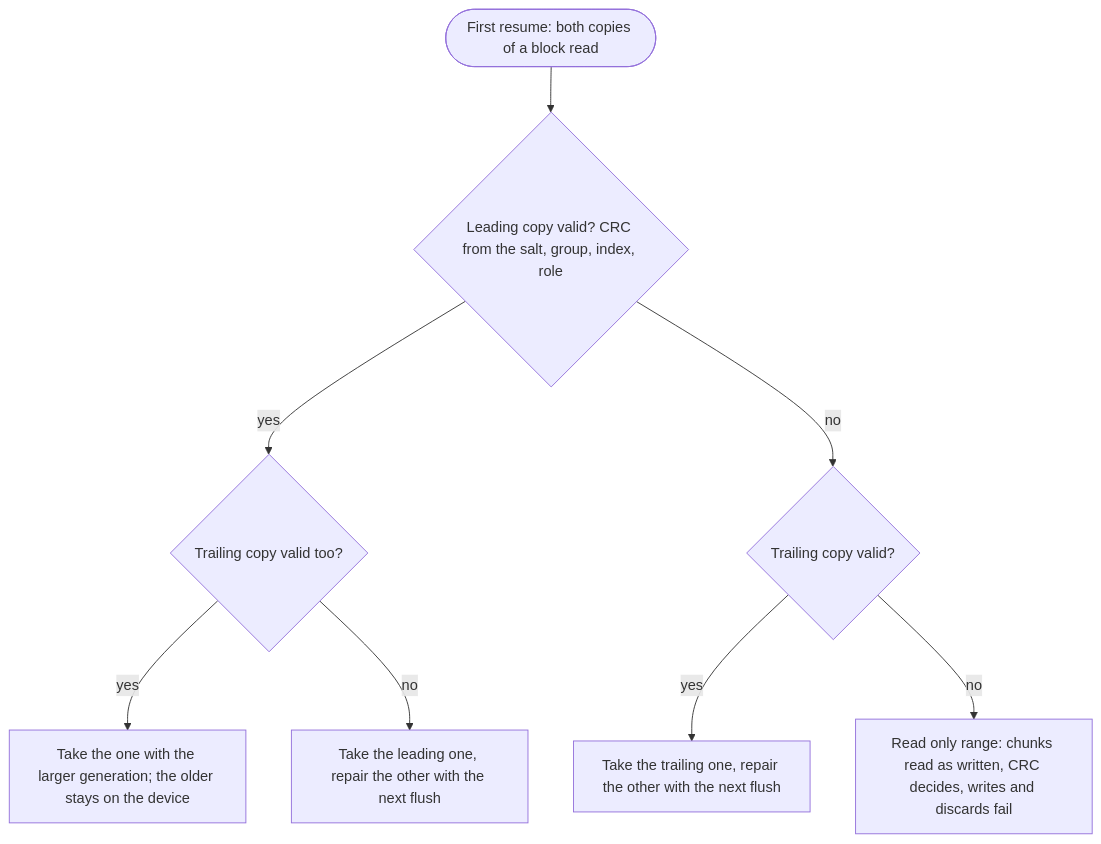
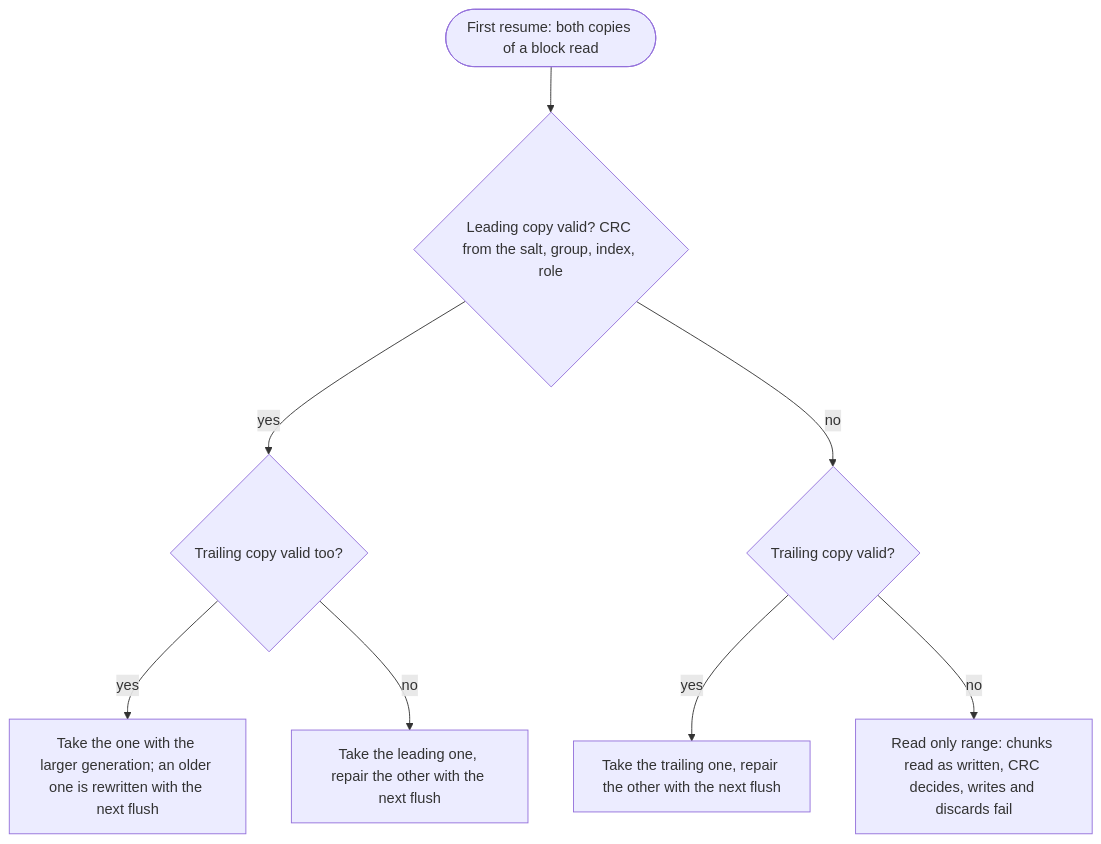
One commit to Dx-by-Dy/Automatic-Error-Correction-Driver changed diagram 11 of 21 in docs/en/DIAGRAMS.md. Above: the diagram before and after it, drawn with Mermaid. The commit also changed other lines of this file and 10 other files, not shown here.

First line of the commit message:
Rewrite an older copy of a bitmap block with the next sync

````diff
--- a/docs/en/DIAGRAMS.md
+++ b/docs/en/DIAGRAMS.md
@@ -309,10 +309,10 @@
 ```mermaid
 flowchart TD
     start(["First resume: both copies of a block read"]) --> lv{"Leading copy valid? CRC from the salt, group, index, role"}
     lv -- yes --> both{"Trailing copy valid too?"}
     lv -- no --> tv{"Trailing copy valid?"}
-    both -- yes --> newer["Take the one with the larger generation; the older stays on the device"]
+    both -- yes --> newer["Take the one with the larger generation; an older one is rewritten with the next flush"]
     both -- no --> single["Take the leading one, repair the other with the next flush"]
     tv -- yes --> single2["Take the trailing one, repair the other with the next flush"]
     tv -- no --> ro["Read only range: chunks read as written, CRC decides, writes and discards fail"]
 ```
````
